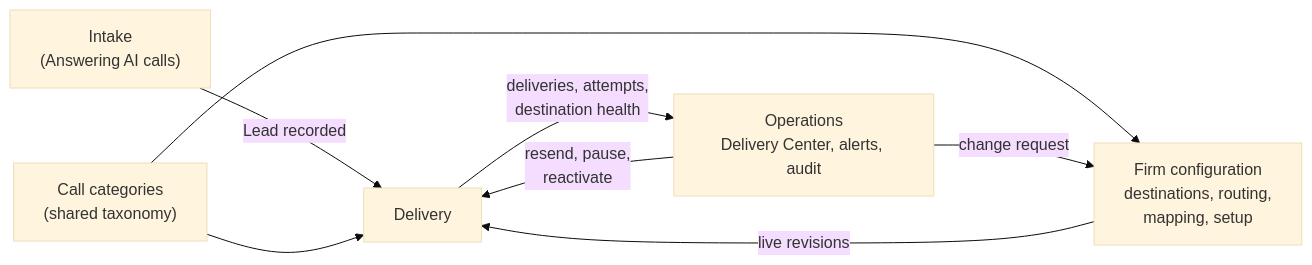
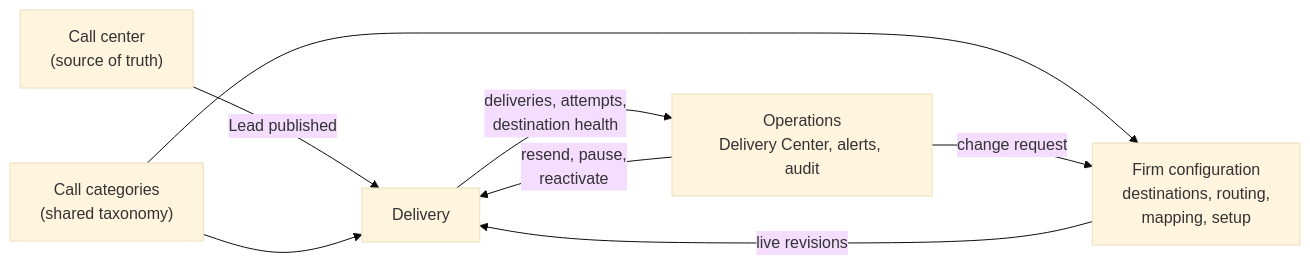
One commit to cthomas76c5h/leads-integration changed the first of 4 diagrams in docs/lead-delivery/README.md. Above: the diagram before and after it, drawn with Mermaid (base theme). The commit also changed other lines of this file and 40 other files, not shown here.

````diff
--- a/docs/lead-delivery/README.md
+++ b/docs/lead-delivery/README.md
@@ -40,10 +46,10 @@
 ```mermaid
 flowchart LR
-  I["Intake<br/>(Answering AI calls)"] -->|Lead recorded| D["Delivery"]
+  I["Call center<br/>(source of truth)"] -->|Lead published| D["Delivery"]
   F["Firm configuration<br/>destinations, routing,<br/>mapping, setup"] -->|live revisions| D
   C["Call categories<br/>(shared taxonomy)"] --> F
   C --> D
   D -->|deliveries, attempts,<br/>destination health| O["Operations<br/>Delivery Center, alerts, audit"]
   O -->|resend, pause,<br/>reactivate| D
   O -->|change request| F
 ```
````
